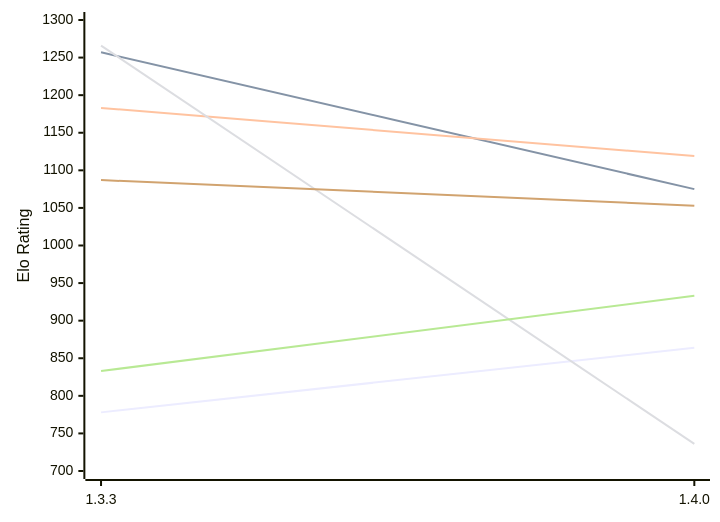
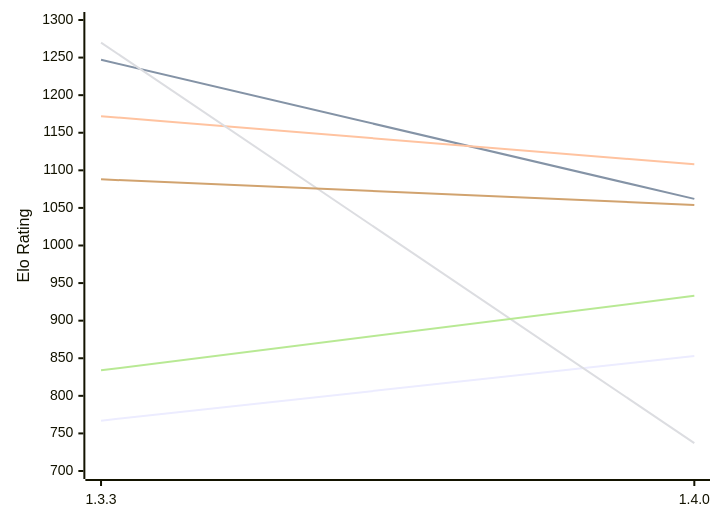
One commit to computer-chess-index/cci changed the first of 2 diagrams in engines/Whitespine.md. Above: the diagram before and after it, drawn with Mermaid. The commit also changed other lines of this file, not shown here.

Commit message:
Update CCI Ratings (ELO VLTC) - 2026-11-18

````diff
--- a/engines/Whitespine.md
+++ b/engines/Whitespine.md
@@ -51,12 +51,12 @@
 ```mermaid
 %%{init: {"theme":"base","themeVariables":{"seriesColors:['#a3a3a3','#222221','#faa371']}}}%%
 xychart-beta
   x-axis ["1.3.3", "1.4.0"]
   y-axis "Elo Rating" 700 --> 1300
-  line "E1: STC (8.0+0.08s)" [778, 864]
-  line "E1: LTC (60.0+0.60s)" [1257, 1075]
-  line "E1: VLTC (2m24s+1.12s)" [1183, 1119]
-  line "P1: STC (8.0+0.08s)" [1266, 736]
-  line "P1: LTC (60.0+0.60s)" [833, 933]
-  line "P1: VLTC (2m24s+1.12s)" [1087, 1053]
+  line "E1: STC (8.0+0.08s)" [767, 853]
+  line "E1: LTC (60.0+0.60s)" [1247, 1062]
+  line "E1: VLTC (2m24s+1.12s)" [1172, 1108]
+  line "P1: STC (8.0+0.08s)" [1270, 737]
+  line "P1: LTC (60.0+0.60s)" [834, 933]
+  line "P1: VLTC (2m24s+1.12s)" [1088, 1054]
 ```
````
